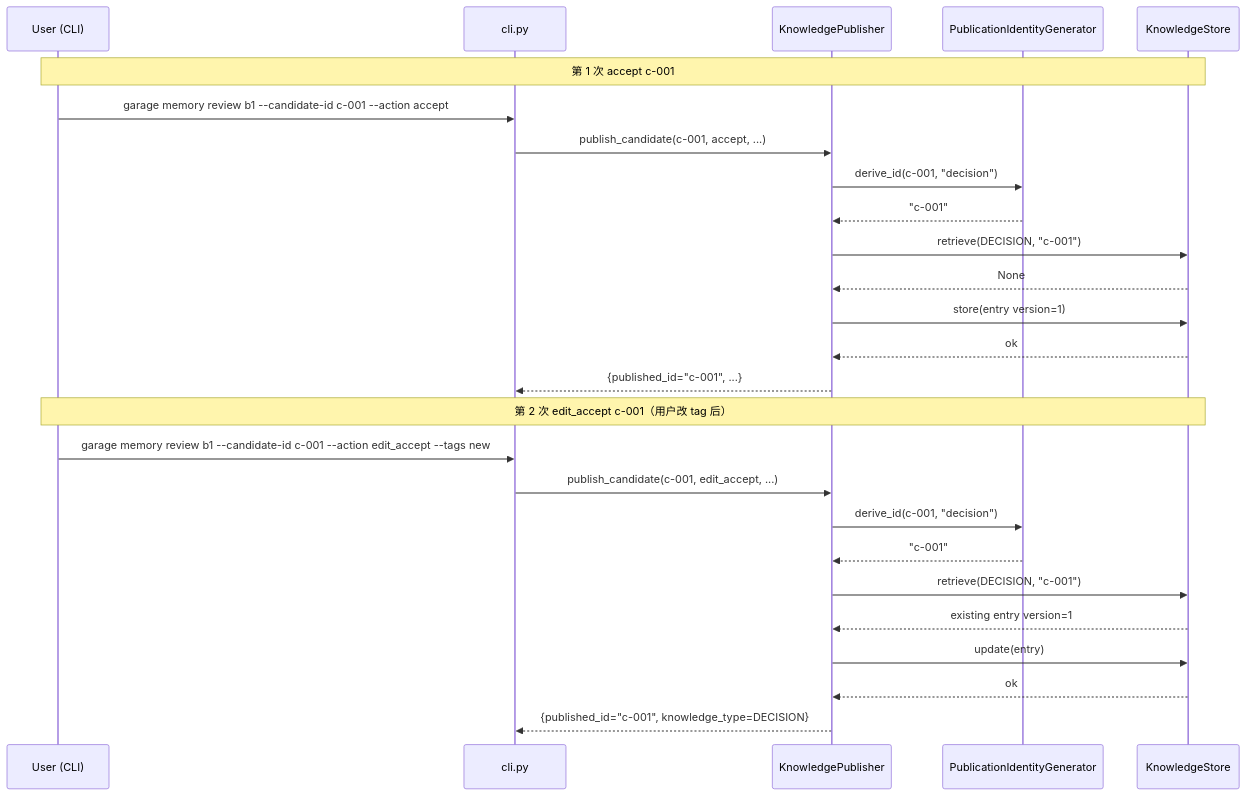
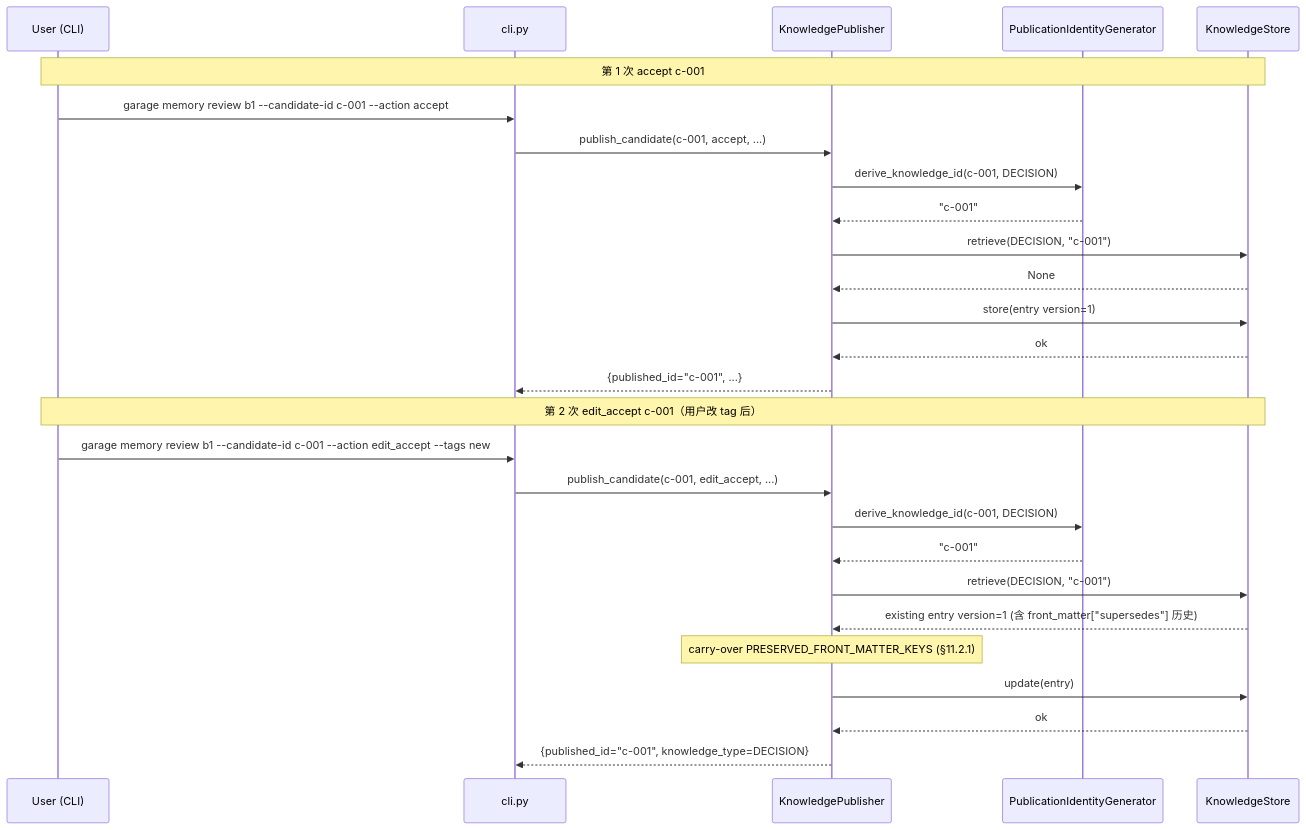
The second of 3 diagrams in docs/designs/2026-04-19-garage-memory-v1-1-design.md (hujianbest/garage-teams), drawn with Mermaid before and after one commit. The commit also changed other lines of this file and 3 other files, not shown here.

````diff
--- a/docs/designs/2026-04-19-garage-memory-v1-1-design.md
+++ b/docs/designs/2026-04-19-garage-memory-v1-1-design.md
@@ -236,30 +238,31 @@
 ```mermaid
 sequenceDiagram
     participant U as User (CLI)
     participant CLI as cli.py
     participant Pub as KnowledgePublisher
     participant Gen as PublicationIdentityGenerator
     participant KS as KnowledgeStore
 
     Note over U,KS: 第 1 次 accept c-001
     U->>CLI: garage memory review b1 --candidate-id c-001 --action accept
     CLI->>Pub: publish_candidate(c-001, accept, ...)
-    Pub->>Gen: derive_id(c-001, "decision")
+    Pub->>Gen: derive_knowledge_id(c-001, DECISION)
     Gen-->>Pub: "c-001"
     Pub->>KS: retrieve(DECISION, "c-001")
     KS-->>Pub: None
     Pub->>KS: store(entry version=1)
     KS-->>Pub: ok
     Pub-->>CLI: {published_id="c-001", ...}
 
     Note over U,KS: 第 2 次 edit_accept c-001（用户改 tag 后）
     U->>CLI: garage memory review b1 --candidate-id c-001 --action edit_accept --tags new
     CLI->>Pub: publish_candidate(c-001, edit_accept, ...)
-    Pub->>Gen: derive_id(c-001, "decision")
+    Pub->>Gen: derive_knowledge_id(c-001, DECISION)
     Gen-->>Pub: "c-001"
     Pub->>KS: retrieve(DECISION, "c-001")
-    KS-->>Pub: existing entry version=1
-    Pub->>KS: update(entry)  # update 内部 version+=1 = 2
+    KS-->>Pub: existing entry version=1 (含 front_matter["supersedes"] 历史)
+    Note over Pub: carry-over PRESERVED_FRONT_MATTER_KEYS (§11.2.1)
+    Pub->>KS: update(entry)  # update 内部 version+=1 = 2；front_matter["supersedes"] 保留
     KS-->>Pub: ok
     Pub-->>CLI: {published_id="c-001", knowledge_type=DECISION}
 ```
````
